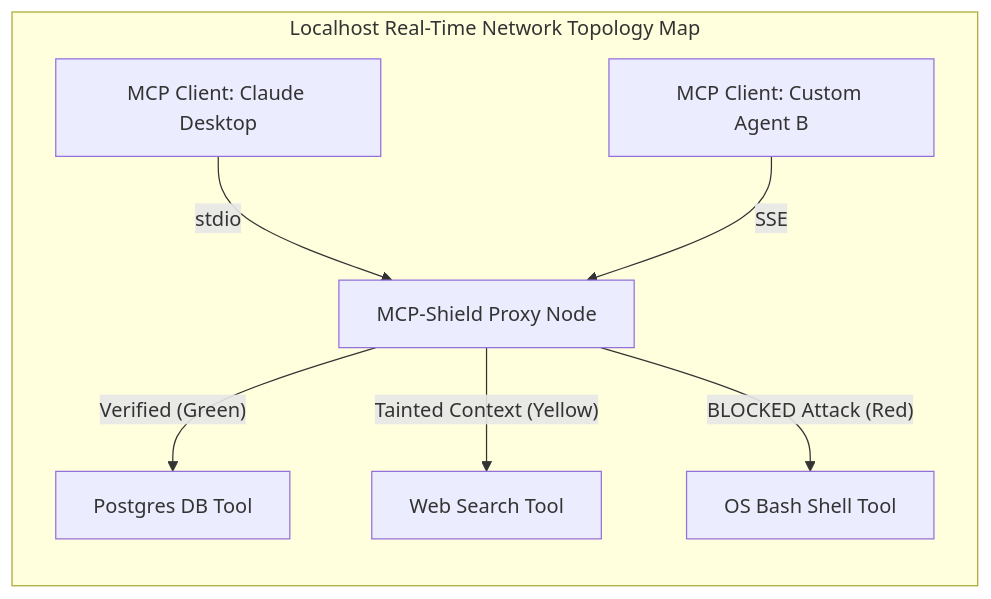
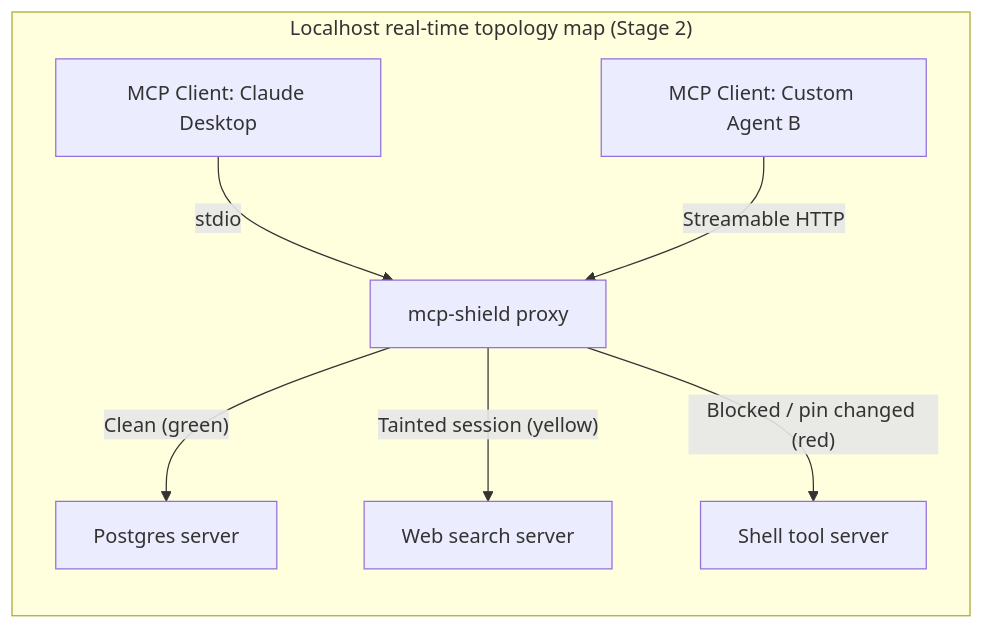
The second of 2 diagrams in README.md (rishikeshvarma/MCP-Shield), drawn with Mermaid before and after one commit. The commit also changed other lines of this file and 10 other files, not shown here.

````diff
--- a/README.md
+++ b/README.md
@@ -139,11 +146,10 @@
 ```mermaid
 graph LR
-    subgraph MeshMap["Localhost Real-Time Network Topology Map"]
-        ClientA["MCP Client: Claude Desktop"] -->|stdio| Shield["MCP-Shield Proxy Node"]
-        ClientB["MCP Client: Custom Agent B"] -->|SSE| Shield
-        
-        Shield -->|"Verified (Green)"| Tool1["Postgres DB Tool"]
-        Shield -->|"Tainted Context (Yellow)"| Tool2["Web Search Tool"]
-        Shield -->|"BLOCKED Attack (Red)"| Tool3["OS Bash Shell Tool"]
+    subgraph MeshMap["Localhost real-time topology map (Stage 2)"]
+        ClientA["MCP Client: Claude Desktop"] -->|stdio| Shield["mcp-shield proxy"]
+        ClientB["MCP Client: Custom Agent B"] -->|Streamable HTTP| Shield
+        Shield -->|"Clean (green)"| Tool1["Postgres server"]
+        Shield -->|"Tainted session (yellow)"| Tool2["Web search server"]
+        Shield -->|"Blocked / pin changed (red)"| Tool3["Shell tool server"]
     end
 ```
````
